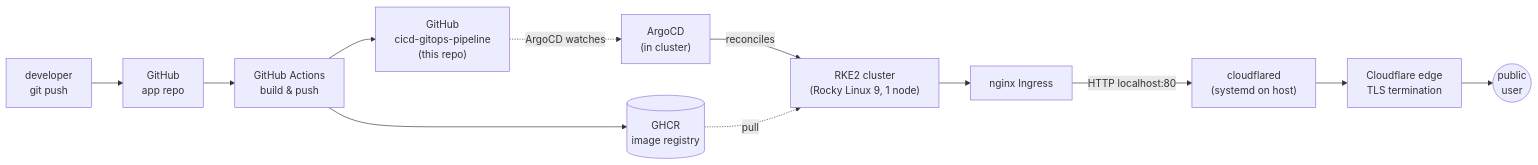
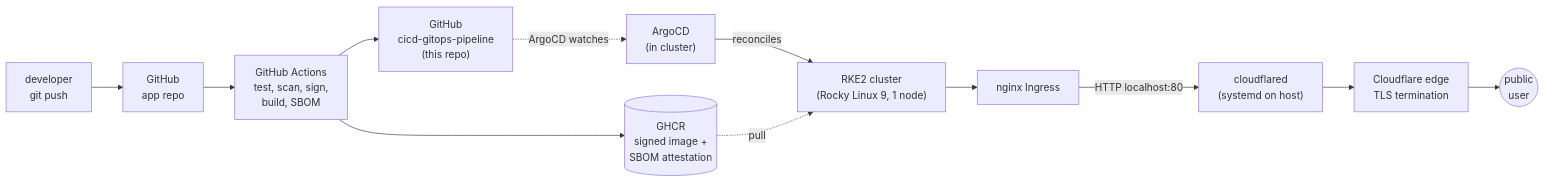
Before and after one commit to alexmchughdev/platform-engineering: the diagram in README.md, drawn with Mermaid. The commit also changed other lines of this file and 2 other files, not shown here.

Commit message:
docs: update CI/CD mermaid diagrams and README for the supply chain pipeline
Replaces the simple build-then-bump CI/CD mermaid (in
docs/architecture.md and docs/diagrams/diagram-cicd-flow.mmd) with the
real multi-stage shape: parallel test / secret-scan / fs-scan gates,
signed build with SBOM attestation, image scan, then manifest update.
README top-level architecture mermaid gets a re-labelled CI node and a
GHCR node noting signed images + SBOM attestation. README opening
paragraph and tech stack table grow a supply-chain summary pointing at
decisions/0004. The architecture.md bullet describing the workflow
shape is rewritten to match the new gating contract.

docs/diagrams/diagram-cicd-flow.png is now stale and needs a manual
regen (mmdc -i docs/diagrams/diagram-cicd-flow.mmd -o ...).

````diff
--- a/README.md
+++ b/README.md
@@ -15,14 +15,14 @@
 ```mermaid
 flowchart LR
   dev["developer<br/>git push"] --> appRepo["GitHub<br/>app repo"]
-  appRepo --> ci["GitHub Actions<br/>build &amp; push"]
-  ci --> ghcr[("GHCR<br/>image registry")]
+  appRepo --> ci["GitHub Actions<br/>test, scan, sign,<br/>build, SBOM"]
+  ci --> ghcr[("GHCR<br/>signed image +<br/>SBOM attestation")]
   ci --> manifest["GitHub<br/>cicd-gitops-pipeline<br/>(this repo)"]
   manifest -. ArgoCD watches .-> argocd["ArgoCD<br/>(in cluster)"]
   argocd -- reconciles --> rke2["RKE2 cluster<br/>(Rocky Linux 9, 1 node)"]
   ghcr -. pull .-> rke2
   rke2 --> nginx["nginx Ingress"]
   nginx -- HTTP localhost:80 --> tunnel["cloudflared<br/>(systemd on host)"]
   tunnel --> cf["Cloudflare edge<br/>TLS termination"]
   cf --> user(("public<br/>user"))
 ```
````
